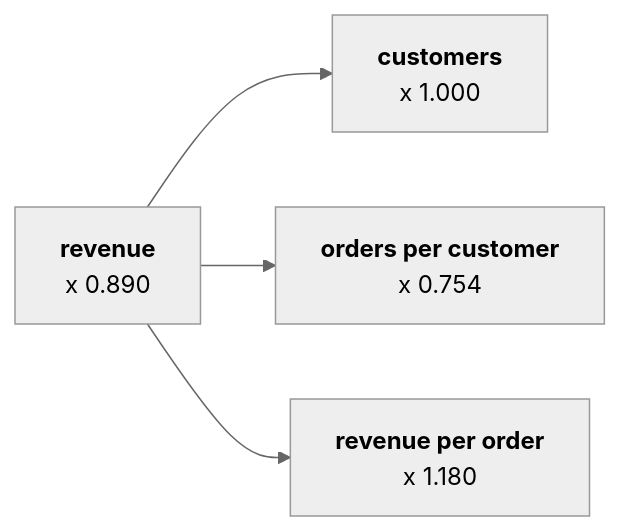
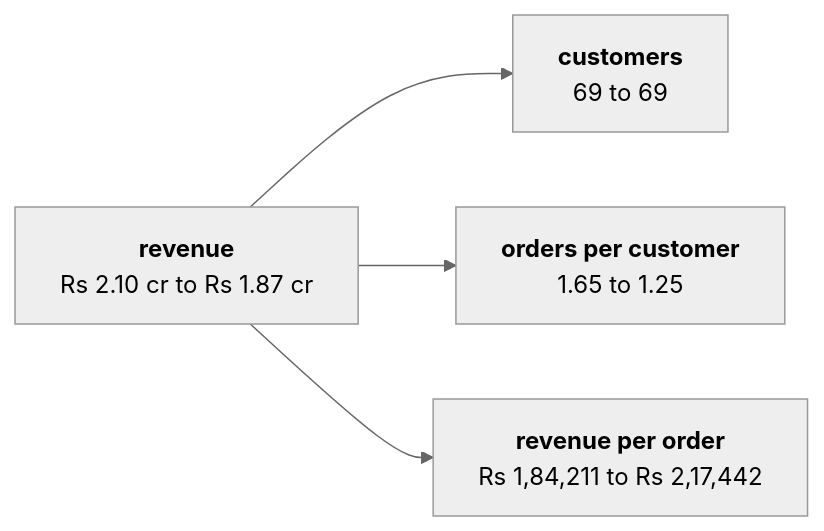
One commit to fde-academy-lab/c2-content-factory changed the diagram in content/W01/D2/exercises/unguided/C2_W01_D02_ch2_which_branch_STUDENT.md. Above: the diagram before and after it, drawn with Mermaid (neutral theme). The commit also changed other lines of this file and 21 other files, not shown here.

````diff
--- a/content/W01/D2/exercises/unguided/C2_W01_D02_ch2_which_branch_STUDENT.md
+++ b/content/W01/D2/exercises/unguided/C2_W01_D02_ch2_which_branch_STUDENT.md
@@ -26,6 +26,6 @@
 ```mermaid
 flowchart LR
-    R["<b>revenue</b><br/>x 0.890"] --> C["<b>customers</b><br/>x 1.000"]
-    R --> F["<b>orders per customer</b><br/>x 0.754"]
-    R --> V["<b>revenue per order</b><br/>x 1.180"]
+    R["<b>revenue</b><br/>Rs 2.10 cr to Rs 1.87 cr"] --> C["<b>customers</b><br/>69 to 69"]
+    R --> F["<b>orders per customer</b><br/>1.65 to 1.25"]
+    R --> V["<b>revenue per order</b><br/>Rs 1,84,211 to Rs 2,17,442"]
 ```
````
